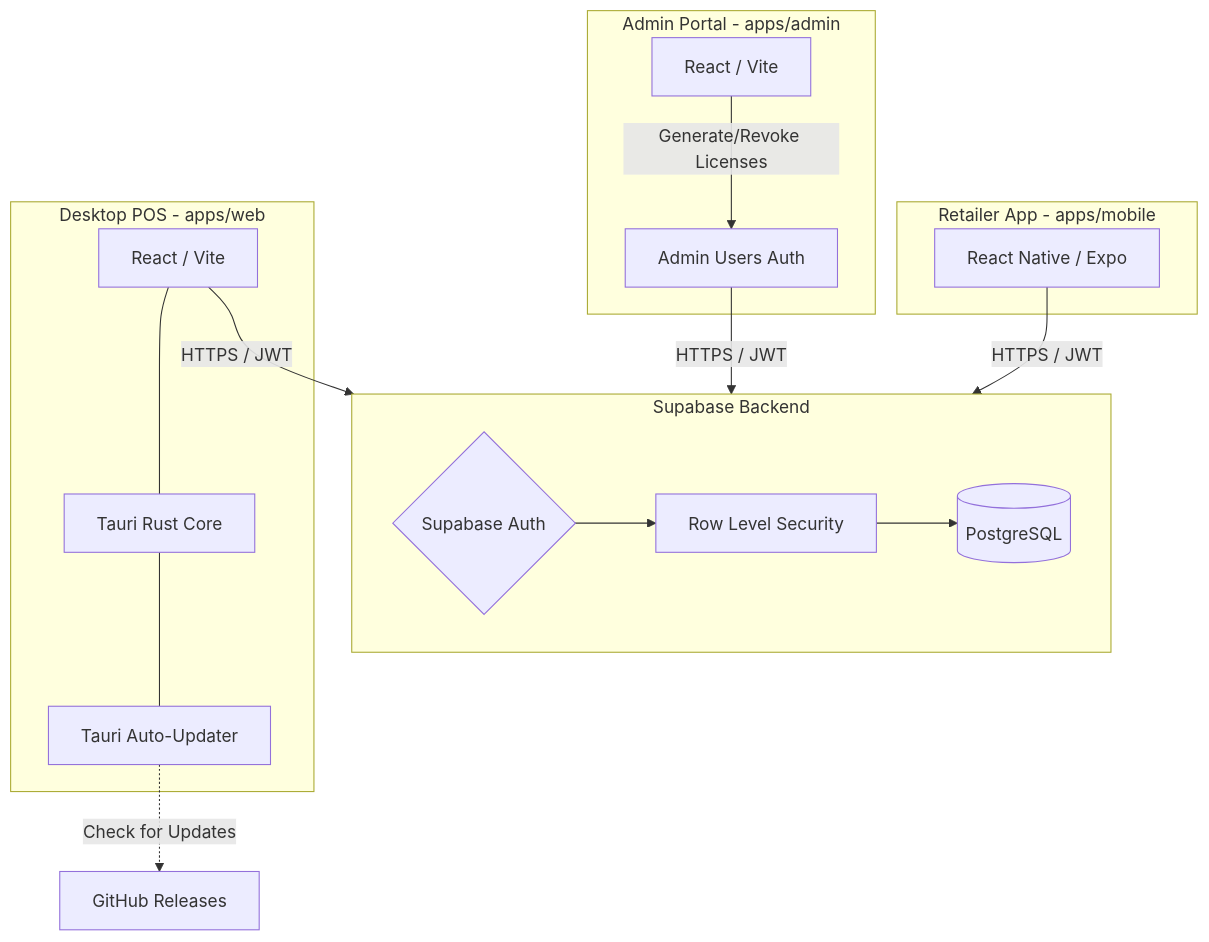
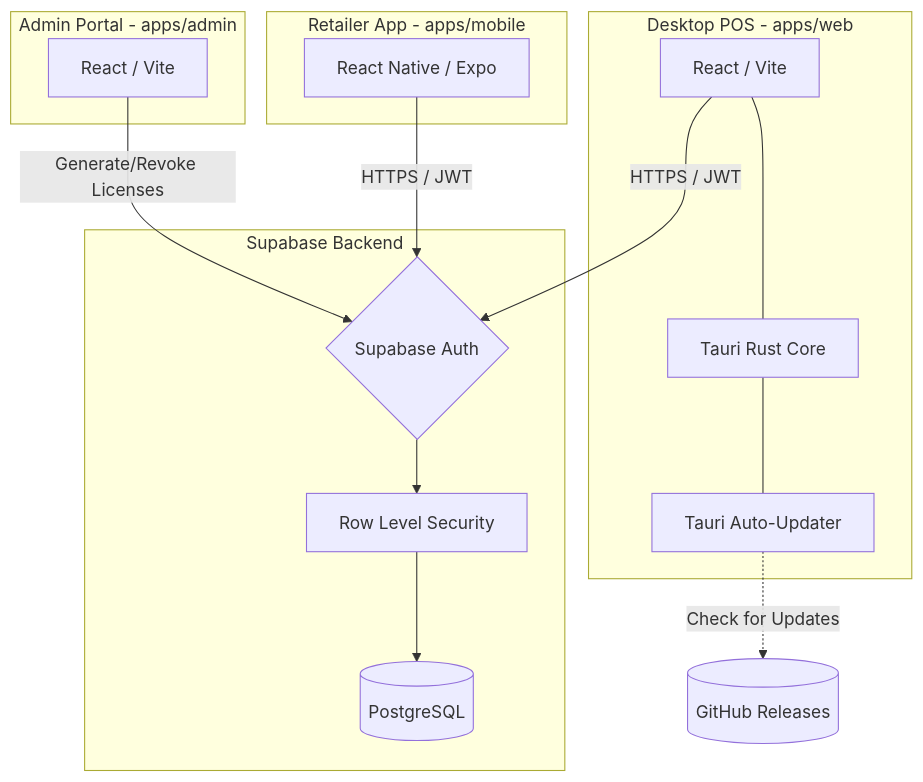
The diagram in docs/ARCHITECTURE.md (saimahmedqazi/POS), drawn with Mermaid before and after one commit. The commit also changed 1 other file, not shown here.

Commit message:
docs: refine mermaid diagram syntax for better compatibility

````diff
--- a/docs/ARCHITECTURE.md
+++ b/docs/ARCHITECTURE.md
@@ -7,41 +7,27 @@
 ```mermaid
 graph TD
-    %% Core Backend
     subgraph Backend [Supabase Backend]
         DB[(PostgreSQL)]
         Auth{Supabase Auth}
         RLS[Row Level Security]
         
-        Auth --> RLS
-        RLS --> DB
+        Auth --> RLS --> DB
     end
 
-    %% Web Platform
     subgraph AdminApp [Admin Portal - apps/admin]
         AdminUI[React / Vite]
-        AdminAuth[Admin Users Auth]
-        
-        AdminUI -->|Generate/Revoke Licenses| AdminAuth
     end
 
-    %% Desktop Platform
     subgraph DesktopApp [Desktop POS - apps/web]
-        DesktopUI[React / Vite]
-        TauriCore[Tauri Rust Core]
-        AutoUpdater[Tauri Auto-Updater]
-        
-        DesktopUI --- TauriCore
-        TauriCore --- AutoUpdater
+        DesktopUI[React / Vite] --- TauriCore[Tauri Rust Core] --- AutoUpdater[Tauri Auto-Updater]
     end
 
-    %% Mobile Platform
     subgraph MobileApp [Retailer App - apps/mobile]
         ReactNative[React Native / Expo]
     end
 
-    %% Network Connections
-    AdminAuth -->|HTTPS / JWT| Backend
-    DesktopUI -->|HTTPS / JWT| Backend
-    ReactNative -->|HTTPS / JWT| Backend
-    AutoUpdater -.->|Check for Updates| GitHubReleases[GitHub Releases]
+    AdminUI -->|Generate/Revoke Licenses| Auth
+    DesktopUI -->|HTTPS / JWT| Auth
+    ReactNative -->|HTTPS / JWT| Auth
+    AutoUpdater -.->|Check for Updates| GitHubReleases[(GitHub Releases)]
 ```
````
